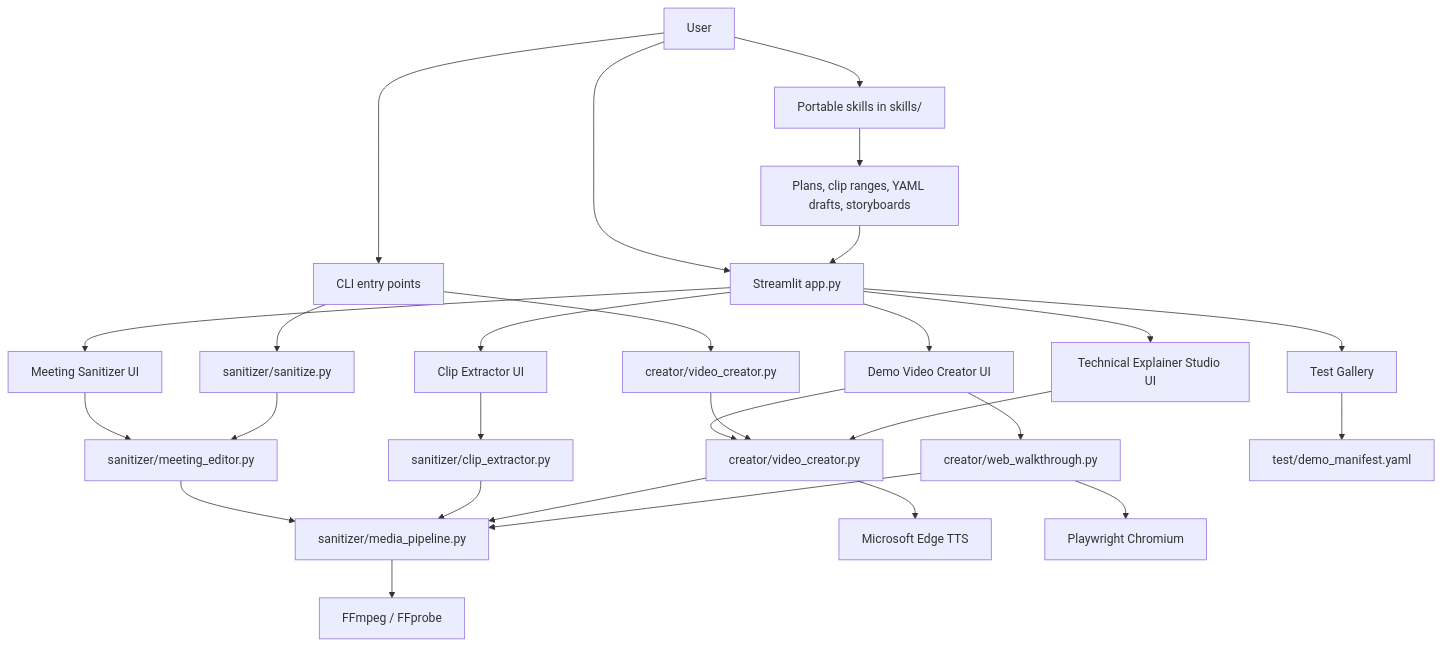
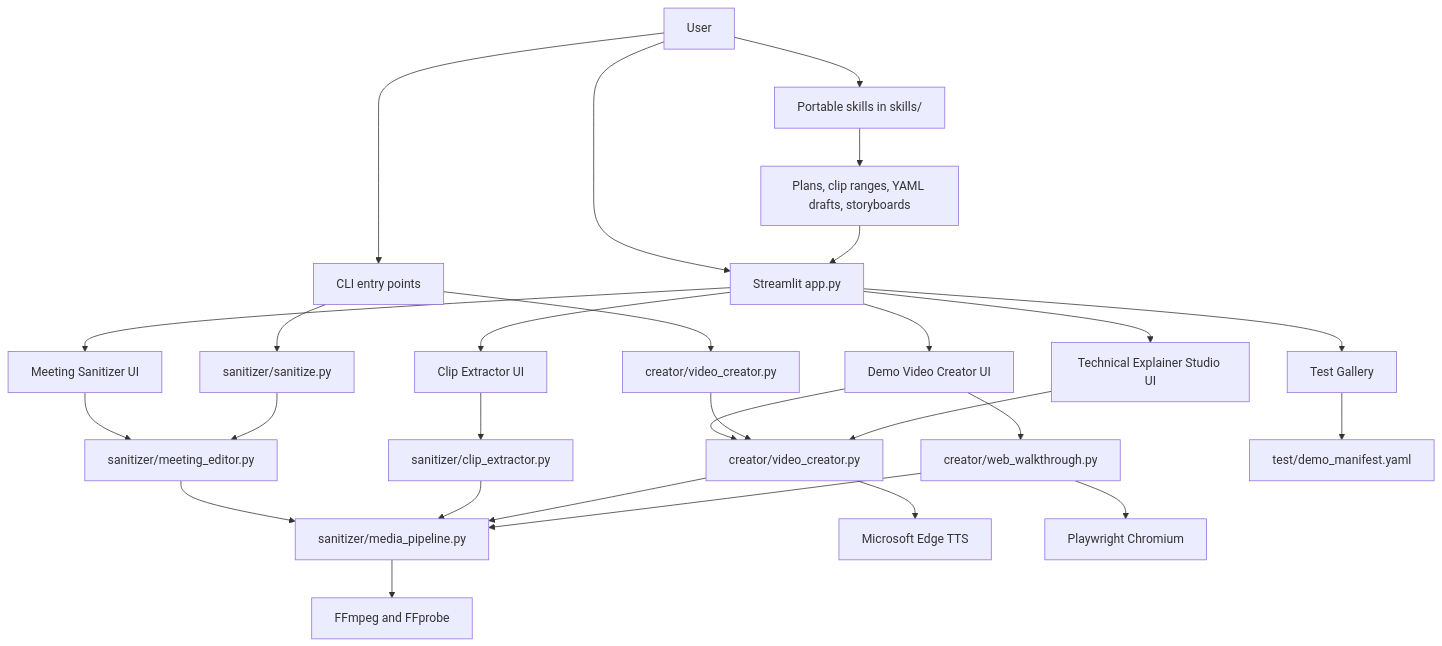
The diagram in README.md (KarimaKT/guidance-video-tools), drawn with Mermaid before and after one commit.

Commit message:
Fix README architecture diagram rendering
Quote Mermaid node labels so GitHub can render the architecture diagram reliably.

````diff
--- a/README.md
+++ b/README.md
@@ -251,38 +251,38 @@
 ```mermaid
 flowchart TB
-    User[User] --> App[Streamlit app.py]
-    User --> CLI[CLI entry points]
-    User --> Skills[Portable skills in skills/]
+    User["User"] --> App["Streamlit app.py"]
+    User --> CLI["CLI entry points"]
+    User --> Skills["Portable skills in skills/"]
 
-    Skills --> Plans[Plans, clip ranges, YAML drafts, storyboards]
+    Skills --> Plans["Plans, clip ranges, YAML drafts, storyboards"]
     Plans --> App
 
-    App --> SanitizerUI[Meeting Sanitizer UI]
-    App --> ClipUI[Clip Extractor UI]
-    App --> CreatorUI[Demo Video Creator UI]
-    App --> ExplainerUI[Technical Explainer Studio UI]
-    App --> Gallery[Test Gallery]
+    App --> SanitizerUI["Meeting Sanitizer UI"]
+    App --> ClipUI["Clip Extractor UI"]
+    App --> CreatorUI["Demo Video Creator UI"]
+    App --> ExplainerUI["Technical Explainer Studio UI"]
+    App --> Gallery["Test Gallery"]
 
-    CLI --> SanitizeCLI[sanitizer/sanitize.py]
-    CLI --> VideoCreatorCLI[creator/video_creator.py]
+    CLI --> SanitizeCLI["sanitizer/sanitize.py"]
+    CLI --> VideoCreatorCLI["creator/video_creator.py"]
 
-    SanitizerUI --> MeetingEditor[sanitizer/meeting_editor.py]
+    SanitizerUI --> MeetingEditor["sanitizer/meeting_editor.py"]
     SanitizeCLI --> MeetingEditor
 
-    ClipUI --> ClipExtractor[sanitizer/clip_extractor.py]
-    CreatorUI --> VideoCreator[creator/video_creator.py]
+    ClipUI --> ClipExtractor["sanitizer/clip_extractor.py"]
+    CreatorUI --> VideoCreator["creator/video_creator.py"]
     VideoCreatorCLI --> VideoCreator
     ExplainerUI --> VideoCreator
 
-    CreatorUI --> WebTour[creator/web_walkthrough.py]
-    Gallery --> Manifest[test/demo_manifest.yaml]
+    CreatorUI --> WebTour["creator/web_walkthrough.py"]
+    Gallery --> Manifest["test/demo_manifest.yaml"]
 
-    MeetingEditor --> MediaPipeline[sanitizer/media_pipeline.py]
+    MeetingEditor --> MediaPipeline["sanitizer/media_pipeline.py"]
     ClipExtractor --> MediaPipeline
     VideoCreator --> MediaPipeline
     WebTour --> MediaPipeline
 
-    MediaPipeline --> FFmpeg[FFmpeg / FFprobe]
-    VideoCreator --> EdgeTTS[Microsoft Edge TTS]
-    WebTour --> Playwright[Playwright Chromium]
+    MediaPipeline --> FFmpeg["FFmpeg and FFprobe"]
+    VideoCreator --> EdgeTTS["Microsoft Edge TTS"]
+    WebTour --> Playwright["Playwright Chromium"]
 ```
````
